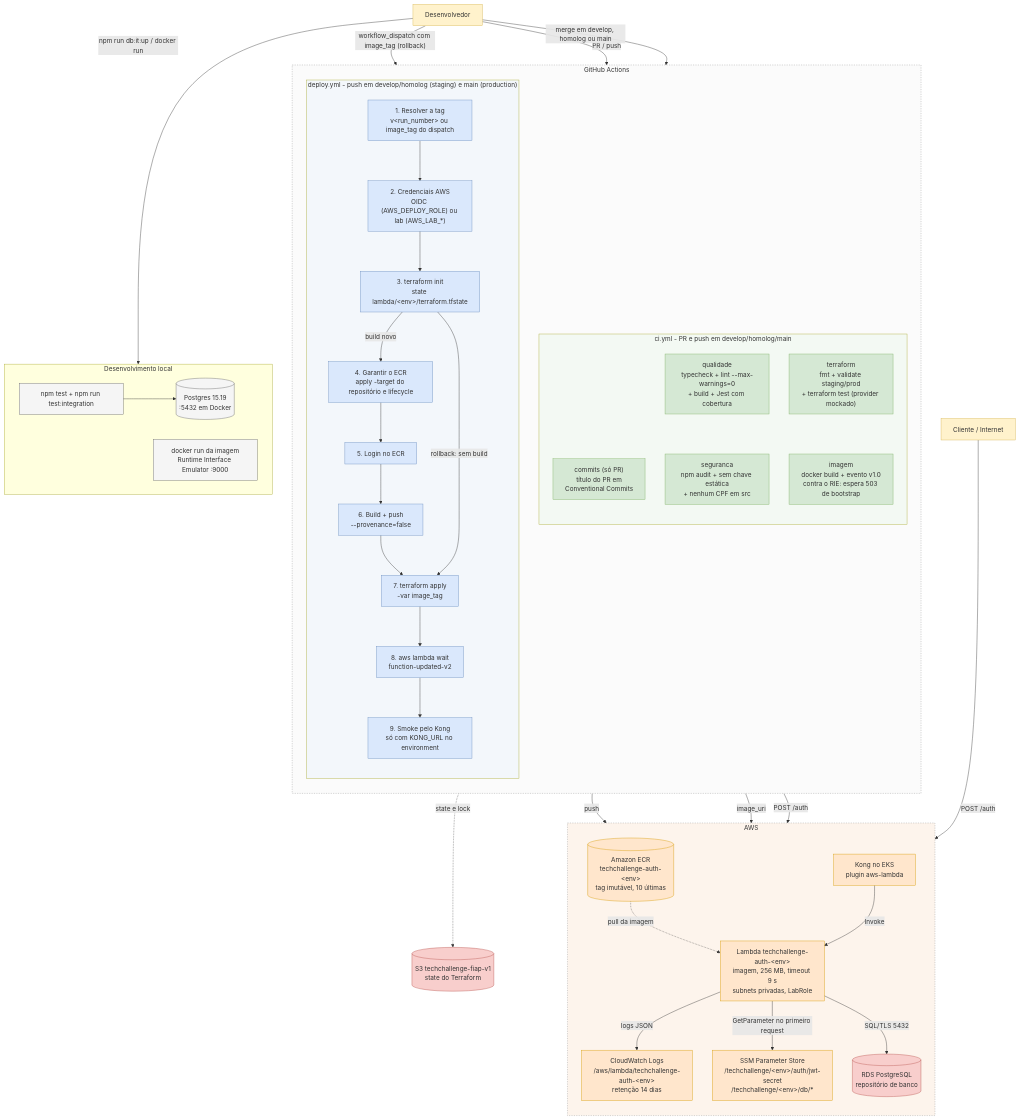
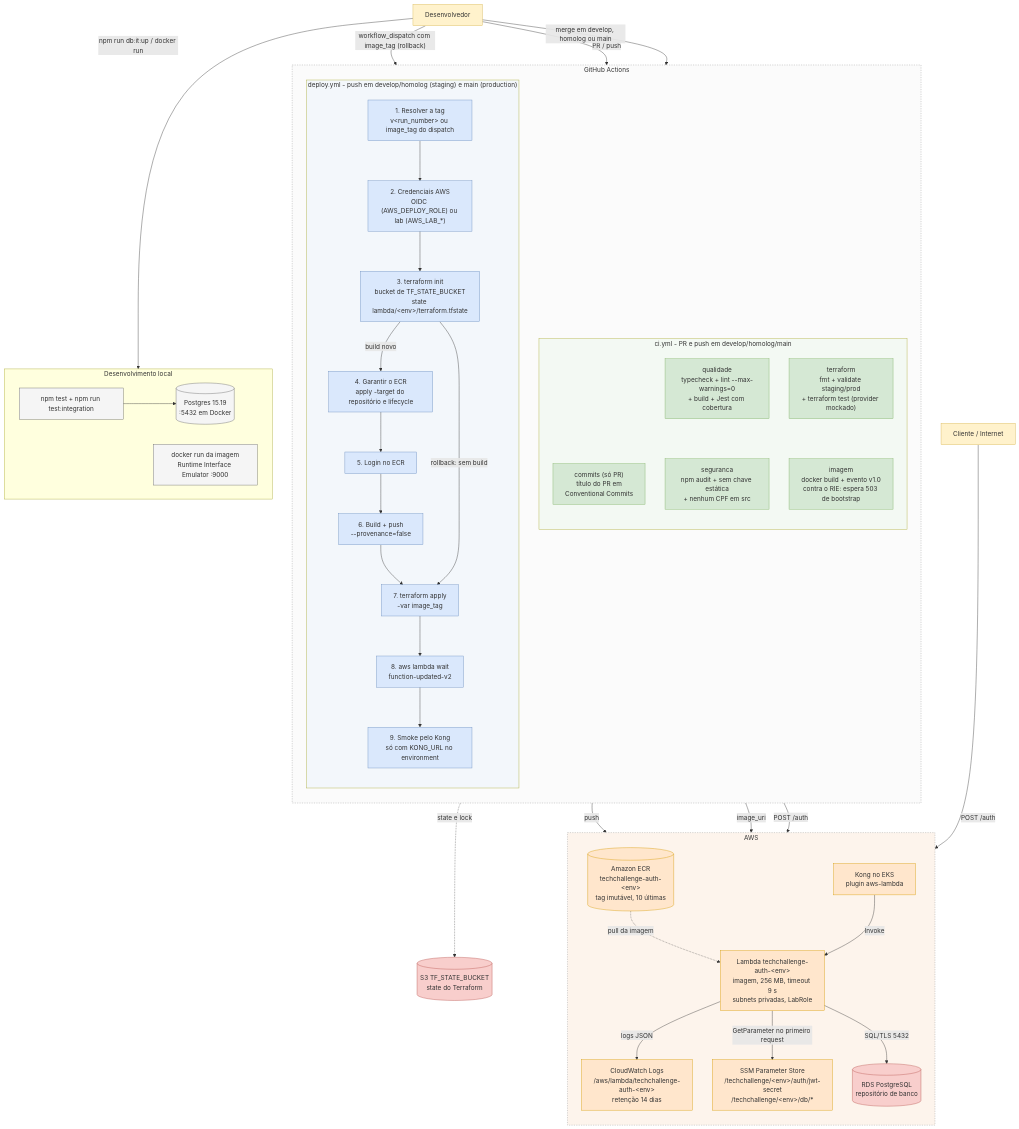
One commit to DevKaue/TechChallange---Function-Serverless changed the diagram in docs/diagrams/03-fluxo-deploy.mmd. Above: the diagram before and after it, drawn with Mermaid. The commit also changed 5 other files, not shown here.

Commit message:
ci: lê o bucket do state por variável no init

```diff
--- a/docs/diagrams/03-fluxo-deploy.mmd
+++ b/docs/diagrams/03-fluxo-deploy.mmd
@@ -1,92 +1,92 @@
 graph TB
     classDef gh fill:#fff2cc,stroke:#d6b656
     classDef ci fill:#d5e8d4,stroke:#82b366
     classDef deploy fill:#dae8fc,stroke:#6c8ebf
     classDef aws fill:#ffe6cc,stroke:#d79b00
     classDef data fill:#f8cecc,stroke:#b85450
     classDef local fill:#f5f5f5,stroke:#666
 
     DEV["Desenvolvedor"]
     CLIENTE["Cliente / Internet"]
 
     subgraph GitHubActions["GitHub Actions"]
         direction TB
 
         subgraph CI["ci.yml - PR e push em develop/homolog/main"]
             direction TB
             C1["commits (só PR)<br/>título do PR em<br/>Conventional Commits"]
             C2["qualidade<br/>typecheck + lint --max-warnings=0<br/>+ build + Jest com cobertura"]
             C3["seguranca<br/>npm audit + sem chave estática<br/>+ nenhum CPF em src"]
             C4["terraform<br/>fmt + validate staging/prod<br/>+ terraform test (provider mockado)"]
             C5["imagem<br/>docker build + evento v1.0<br/>contra o RIE: espera 503 de bootstrap"]
         end
 
         subgraph DEPLOY["deploy.yml - push em develop/homolog (staging) e main (production)"]
             direction TB
             D1["1. Resolver a tag<br/>v&lt;run_number&gt; ou image_tag do dispatch"]
             D2["2. Credenciais AWS<br/>OIDC (AWS_DEPLOY_ROLE) ou lab (AWS_LAB_*)"]
-            D3["3. terraform init<br/>state lambda/&lt;env&gt;/terraform.tfstate"]
+            D3["3. terraform init<br/>bucket de TF_STATE_BUCKET<br/>state lambda/&lt;env&gt;/terraform.tfstate"]
             D4["4. Garantir o ECR<br/>apply -target do repositório e lifecycle"]
             D5["5. Login no ECR"]
             D6["6. Build + push<br/>--provenance=false"]
             D7["7. terraform apply<br/>-var image_tag"]
             D8["8. aws lambda wait<br/>function-updated-v2"]
             D9["9. Smoke pelo Kong<br/>só com KONG_URL no environment"]
         end
     end
 
     subgraph AWS["AWS"]
         direction TB
         ECR[("Amazon ECR<br/>techchallenge-auth-&lt;env&gt;<br/>tag imutável, 10 últimas")]
         FN["Lambda techchallenge-auth-&lt;env&gt;<br/>imagem, 256 MB, timeout 9 s<br/>subnets privadas, LabRole"]
         LOGS["CloudWatch Logs<br/>/aws/lambda/techchallenge-auth-&lt;env&gt;<br/>retenção 14 dias"]
         SSM["SSM Parameter Store<br/>/techchallenge/&lt;env&gt;/auth/jwt-secret<br/>/techchallenge/&lt;env&gt;/db/*"]
         KONG["Kong no EKS<br/>plugin aws-lambda"]
         RDS[("RDS PostgreSQL<br/>repositório de banco")]
     end
 
-    S3[("S3 techchallenge-fiap-v1<br/>state do Terraform")]
+    S3[("S3 TF_STATE_BUCKET<br/>state do Terraform")]
 
     subgraph LOCAL["Desenvolvimento local"]
         LT["npm test + npm run test:integration"]
         LDB[("Postgres 15.19<br/>:5432 em Docker")]
         RIE["docker run da imagem<br/>Runtime Interface Emulator :9000"]
     end
 
     DEV -->|"PR / push"| CI
     DEV -->|"merge em develop, homolog ou main"| DEPLOY
     DEV -->|"workflow_dispatch com image_tag (rollback)"| D1
 
     C2 ~~~ C3
     C4 ~~~ C5
 
     D1 --> D2 --> D3
     D3 -->|"build novo"| D4 --> D5 --> D6 --> D7
     D3 -->|"rollback: sem build"| D7
     D7 --> D8 --> D9
 
     D3 -.->|"state e lock"| S3
     D6 -->|"push"| ECR
     D7 -->|"image_uri"| FN
     ECR -.->|"pull da imagem"| FN
     FN -->|"logs JSON"| LOGS
     FN -->|"GetParameter no primeiro request"| SSM
     FN -->|"SQL/TLS 5432"| RDS
     KONG -->|"Invoke"| FN
     D9 -->|"POST /auth"| KONG
     CLIENTE -->|"POST /auth"| KONG
 
     DEV -->|"npm run db:it:up / docker run"| LOCAL
     LT --> LDB
 
     style GitHubActions fill:#fbfbfb,stroke:#999,stroke-dasharray:3
     style AWS fill:#fdf4ec,stroke:#999,stroke-dasharray:3
     style CI fill:#f3f9f3
     style DEPLOY fill:#f3f7fb
 
     class DEV,CLIENTE gh
     class C1,C2,C3,C4,C5 ci
     class D1,D2,D3,D4,D5,D6,D7,D8,D9 deploy
     class ECR,FN,LOGS,SSM,KONG aws
     class RDS,S3 data
     class LT,LDB,RIE local
```
